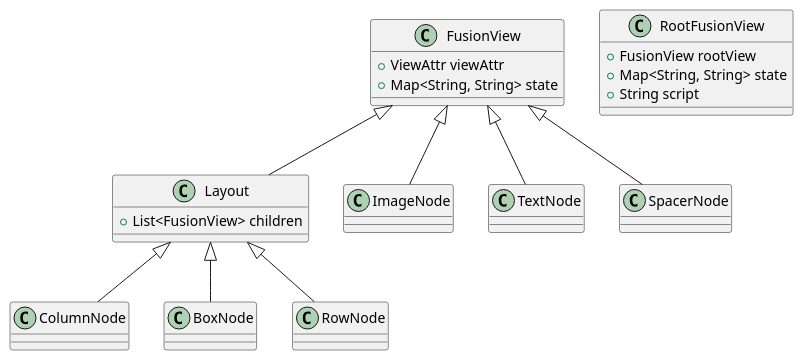
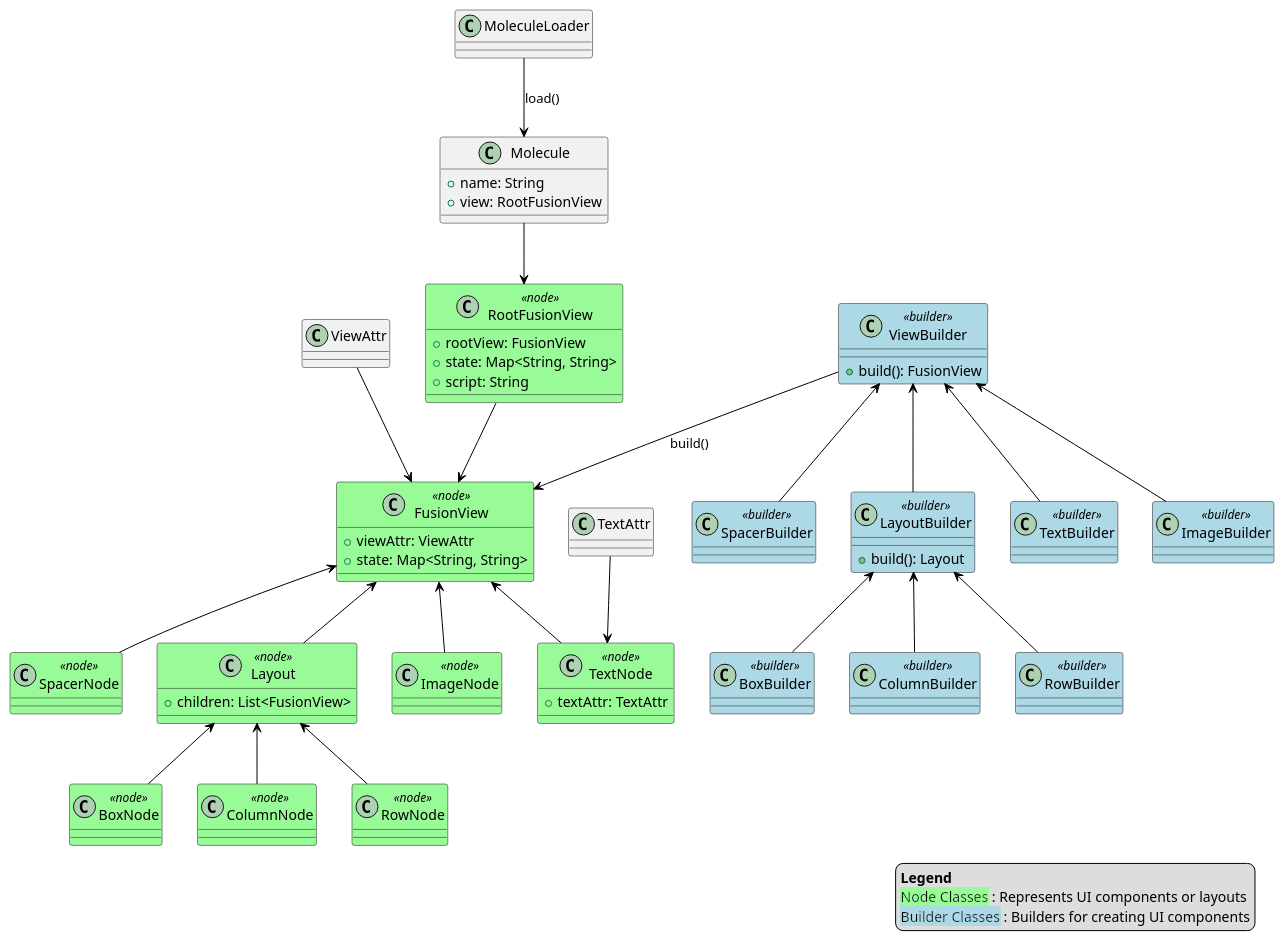
One commit to Hillwar/FusionV2 changed the diagram in uml/KotlinDSLDiagram.puml. Above: the diagram before and after it, drawn with PlantUML. The commit also changed 7 other files, not shown here.

```diff
--- a/uml/KotlinDSLDiagram.puml
+++ b/uml/KotlinDSLDiagram.puml
@@ -1,38 +1,121 @@
 @startuml
-class ColumnNode {
+
+skinparam rectangle {
+    BackgroundColor Wheat
+    BorderColor Black
+    Shadowing true
 }
 
-class Layout {
-+ List<FusionView> children
+' Define class styles
+skinparam class {
+    BackgroundColor<<node>> PaleGreen
+    BackgroundColor<<builder>> LightBlue
 }
 
-class FusionView {
-+ ViewAttr viewAttr
-+ Map<String, String> state
+skinparam arrow {
+    Color Black
 }
 
-class BoxNode {
-}
-class ImageNode {
-}
-class RowNode {
-}
-class TextNode {
-}
-class SpacerNode {
-}
-class RootFusionView {
-+ FusionView rootView
-+ Map<String, String> state
-+ String script
+' Define components
+class FusionView <<node>> {
+    +viewAttr: ViewAttr
+    +state: Map<String, String>
 }
 
+class Layout <<node>> {
+    +children: List<FusionView>
+}
 
-Layout <|-- ColumnNode
-FusionView <|-- Layout
-Layout <|-- BoxNode
-FusionView <|-- ImageNode
-Layout <|-- RowNode
-FusionView <|-- TextNode
-FusionView <|-- SpacerNode
+class TextNode <<node>> {
+    +textAttr: TextAttr
+}
+
+class BoxNode <<node>> {
+}
+
+class ImageNode <<node>> {
+}
+
+class ColumnNode <<node>> {
+}
+
+class RowNode <<node>> {
+}
+
+class SpacerNode <<node>> {
+}
+
+class RootFusionView <<node>> {
+    +rootView: FusionView
+    +state: Map<String, String>
+    +script: String
+}
+
+class Molecule {
+    +name: String
+    +view: RootFusionView
+}
+
+' Define builders
+class ViewBuilder <<builder>> {
+    +build(): FusionView
+}
+
+class LayoutBuilder <<builder>> {
+    +build(): Layout
+}
+
+class BoxBuilder <<builder>> {
+}
+
+class ColumnBuilder <<builder>> {
+}
+
+class RowBuilder <<builder>> {
+}
+
+class TextBuilder <<builder>> {
+}
+
+class ImageBuilder <<builder>> {
+}
+
+class SpacerBuilder <<builder>> {
+}
+
+class MoleculeLoader {
+}
+
+' Relationships
+FusionView <-- Layout
+FusionView <-- TextNode
+FusionView <-- ImageNode
+FusionView <-- SpacerNode
+Layout <-- BoxNode
+Layout <-- ColumnNode
+Layout <-- RowNode
+
+RootFusionView --> FusionView
+Molecule --> RootFusionView
+
+ViewAttr --> FusionView
+TextAttr --> TextNode
+
+ViewBuilder <-- LayoutBuilder
+LayoutBuilder <-- BoxBuilder
+LayoutBuilder <-- ColumnBuilder
+LayoutBuilder <-- RowBuilder
+ViewBuilder <-- TextBuilder
+ViewBuilder <-- ImageBuilder
+ViewBuilder <-- SpacerBuilder
+
+MoleculeLoader --> Molecule : "load()"
+ViewBuilder --> FusionView : "build()"
+
+legend right
+    <b>Legend</b>
+    <back:PaleGreen>Node Classes</back> : Represents UI components or layouts
+    <back:LightBlue>Builder Classes</back> : Builders for creating UI components
+endlegend
+
 @enduml
```
